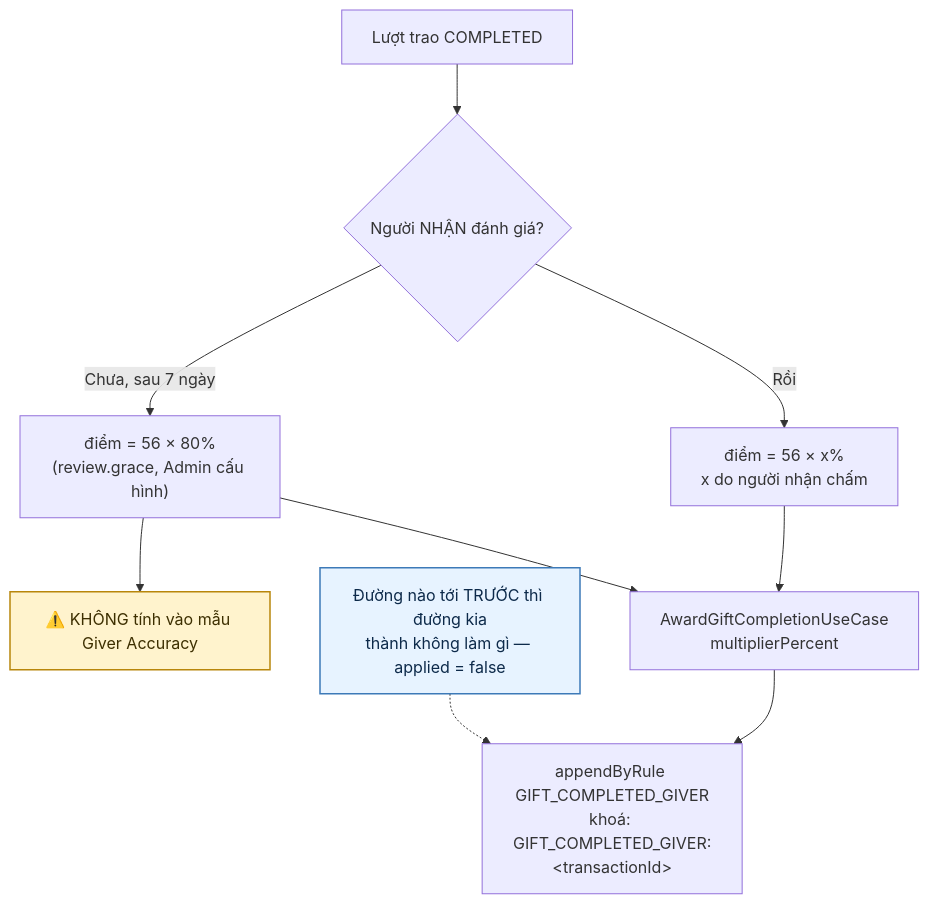
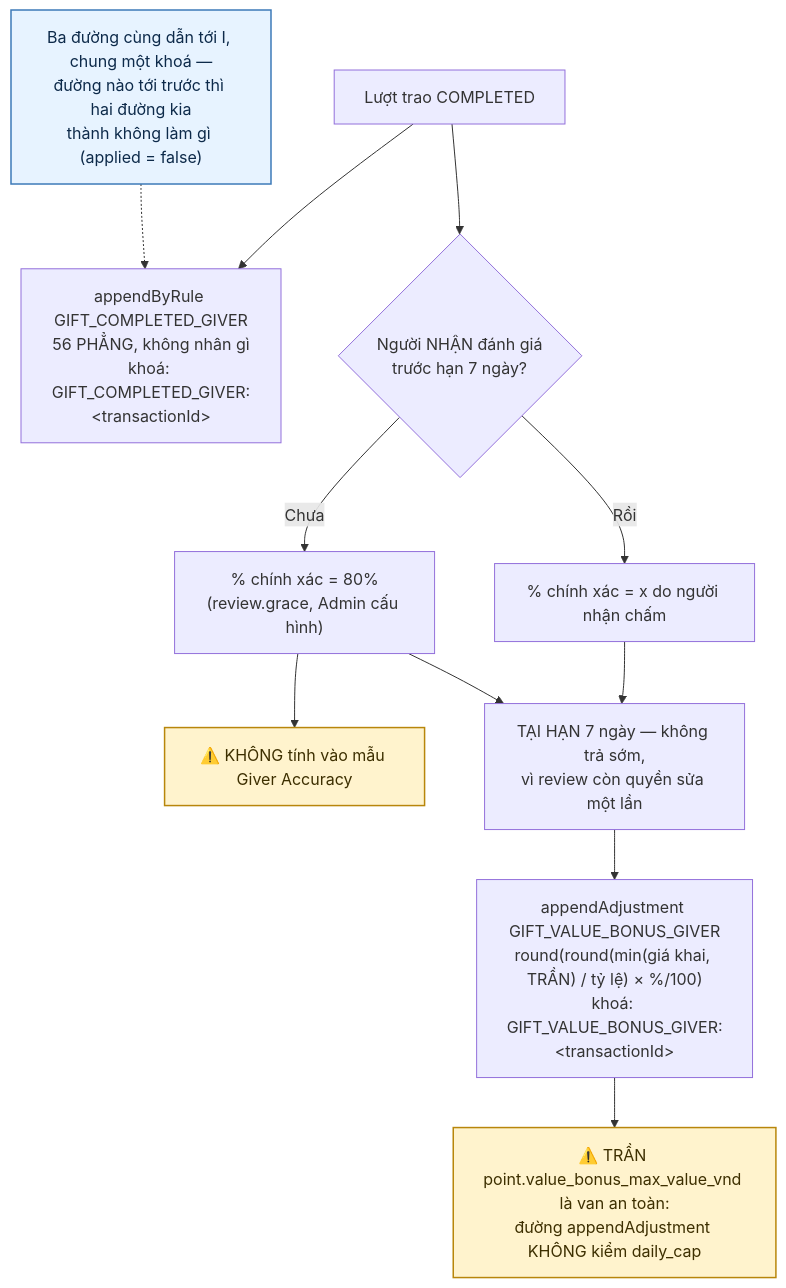
Before and after one commit to fdshn/trueheart: the fourth of 7 diagrams in docs/diagram/11-point.md, drawn with Mermaid. The commit also changed other lines of this file and 18 other files, not shown here.

First line of the commit message:
feat(f40): dời mốc cộng điểm hoàn tất sang COMPLETED theo CHỐT-14

````diff
--- a/docs/diagram/11-point.md
+++ b/docs/diagram/11-point.md
@@ -140,16 +140,19 @@
 ```mermaid
 flowchart TD
-    A[Lượt trao COMPLETED] --> B{Người NHẬN đánh giá?}
-    B -->|Rồi| C["điểm = 56 × x%<br/>x do người nhận chấm"]
-    B -->|Chưa, sau 7 ngày| F["điểm = 56 × 80%<br/>(review.grace, Admin cấu hình)"]
+    A[Lượt trao COMPLETED] --> I["appendByRule GIFT_COMPLETED_GIVER<br/>56 PHẲNG, không nhân gì<br/>khoá: GIFT_COMPLETED_GIVER:#lt;transactionId#gt;"]
+    A --> B{Người NHẬN đánh giá<br/>trước hạn 7 ngày?}
+    B -->|Rồi| C["% chính xác = x do người nhận chấm"]
+    B -->|Chưa| F["% chính xác = 80%<br/>(review.grace, Admin cấu hình)"]
     F --> G["⚠️ KHÔNG tính vào mẫu Giver Accuracy"]
 
-    C --> H["AwardGiftCompletionUseCase<br/>multiplierPercent"]
-    F --> H
-    H --> I["appendByRule GIFT_COMPLETED_GIVER<br/>khoá: GIFT_COMPLETED_GIVER:#lt;transactionId#gt;"]
+    C --> V["TẠI HẠN 7 ngày — không trả sớm,<br/>vì review còn quyền sửa một lần"]
+    F --> V
+    V --> W["appendAdjustment GIFT_VALUE_BONUS_GIVER<br/>round(round(min(giá khai, TRẦN) / tỷ lệ) × %/100)<br/>khoá: GIFT_VALUE_BONUS_GIVER:#lt;transactionId#gt;"]
+    W --> X["⚠️ TRẦN point.value_bonus_max_value_vnd là van an toàn:<br/>đường appendAdjustment KHÔNG kiểm daily_cap"]
 
-    J["Đường nào tới TRƯỚC thì đường kia<br/>thành không làm gì — applied = false"] -.-> I
+    J["Ba đường cùng dẫn tới I, chung một khoá —<br/>đường nào tới trước thì hai đường kia<br/>thành không làm gì (applied = false)"] -.-> I
 
     style G fill:#fff3cd,stroke:#b8860b,stroke-width:1.5px,color:#3d2f00
+    style X fill:#fff3cd,stroke:#b8860b,stroke-width:1.5px,color:#3d2f00
     style J fill:#e7f3ff,stroke:#3d7ab8,stroke-width:1.5px,color:#0d2a4a
 ```
````
